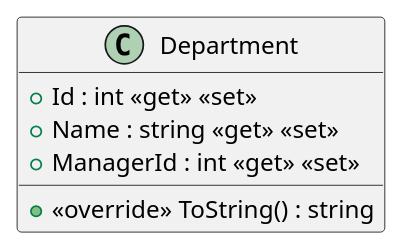
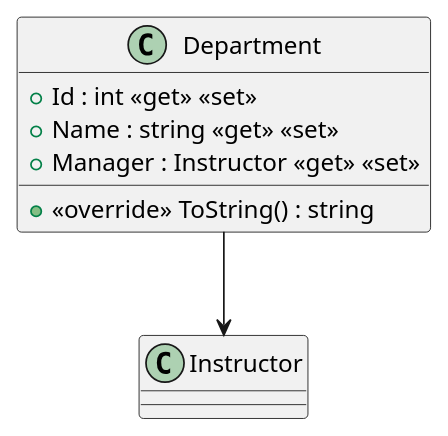
Before and after one commit to dinaelmasry666/ITI-Examination-System: the diagram in Examination System UML/plantuml/Examination System UML/Department.puml, drawn with PlantUML. The commit also changed 18 other files, not shown here.

Commit message:
fixed some issues and implemented PlantUML class diagram

```diff
--- a/Examination System UML/plantuml/Examination System UML/Department.puml
+++ b/Examination System UML/plantuml/Examination System UML/Department.puml
@@ -1,8 +1,9 @@
 @startuml
 class Department {
     + Id : int <<get>> <<set>>
     + Name : string <<get>> <<set>>
-    + ManagerId : int <<get>> <<set>>
+    + Manager : Instructor <<get>> <<set>>
     + <<override>> ToString() : string
 }
+Department --> Instructor
 @enduml
```
